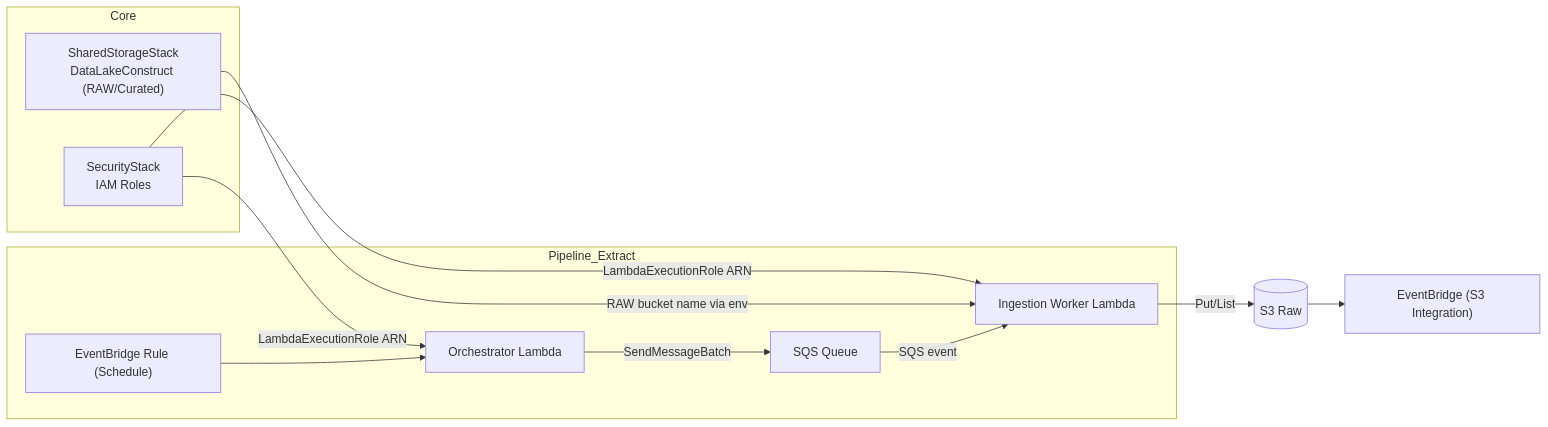
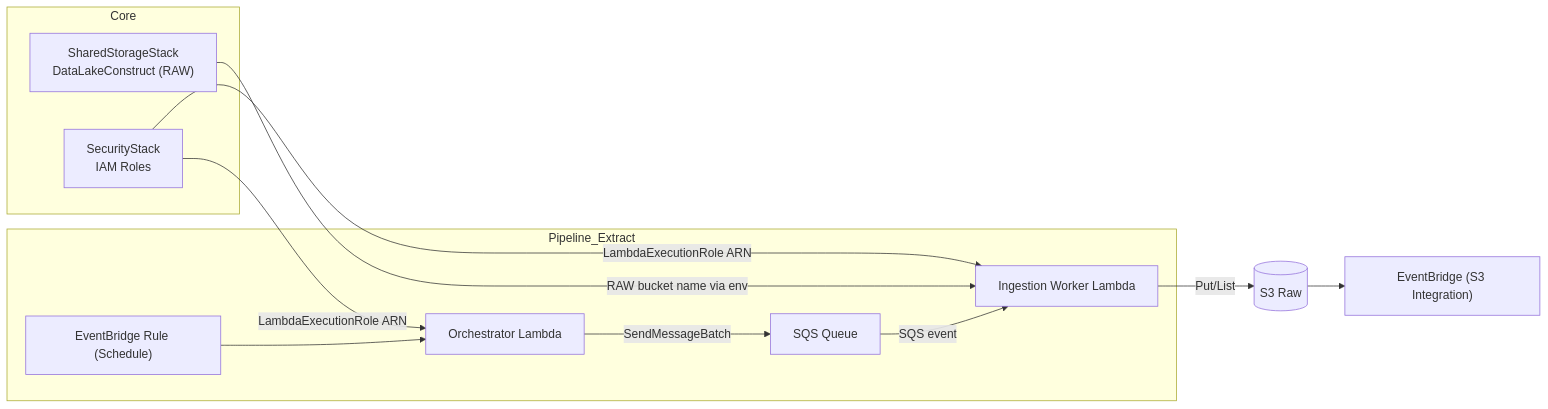
One commit to keemgdeok/fin-forge-pipeline changed the diagram in docs/diagrams/extract/01-components.md. Above: the diagram before and after it, drawn with Mermaid. The commit also changed 10 other files, not shown here.

Commit message:
feat: add generate-svgs.sh -> auto generate mermaid diagrams

````diff
--- a/docs/diagrams/extract/01-components.md
+++ b/docs/diagrams/extract/01-components.md
@@ -1,22 +1,22 @@
 ```mermaid
 graph LR
   subgraph Core
-    SS["SharedStorageStack<br/>DataLakeConstruct (RAW/Curated)"]
+    SS["SharedStorageStack<br/>DataLakeConstruct (RAW)"]
     SEC["SecurityStack<br/>IAM Roles"]
   end
   subgraph Pipeline_Extract
     EV["EventBridge Rule (Schedule)"]
     ORC["Orchestrator Lambda"]
     SQS["SQS Queue"]
     WRK["Ingestion Worker Lambda"]
   end
   SEC -->|LambdaExecutionRole ARN| ORC
   SEC -->|LambdaExecutionRole ARN| WRK
   SS -->|RAW bucket name via env| WRK
   EV --> ORC
   ORC -->|SendMessageBatch| SQS
   SQS -->|SQS event| WRK
   WRK -->|Put/List| RAW[(S3 Raw)]
   RAW --> EB["EventBridge (S3 Integration)"]
 
 ```
````
